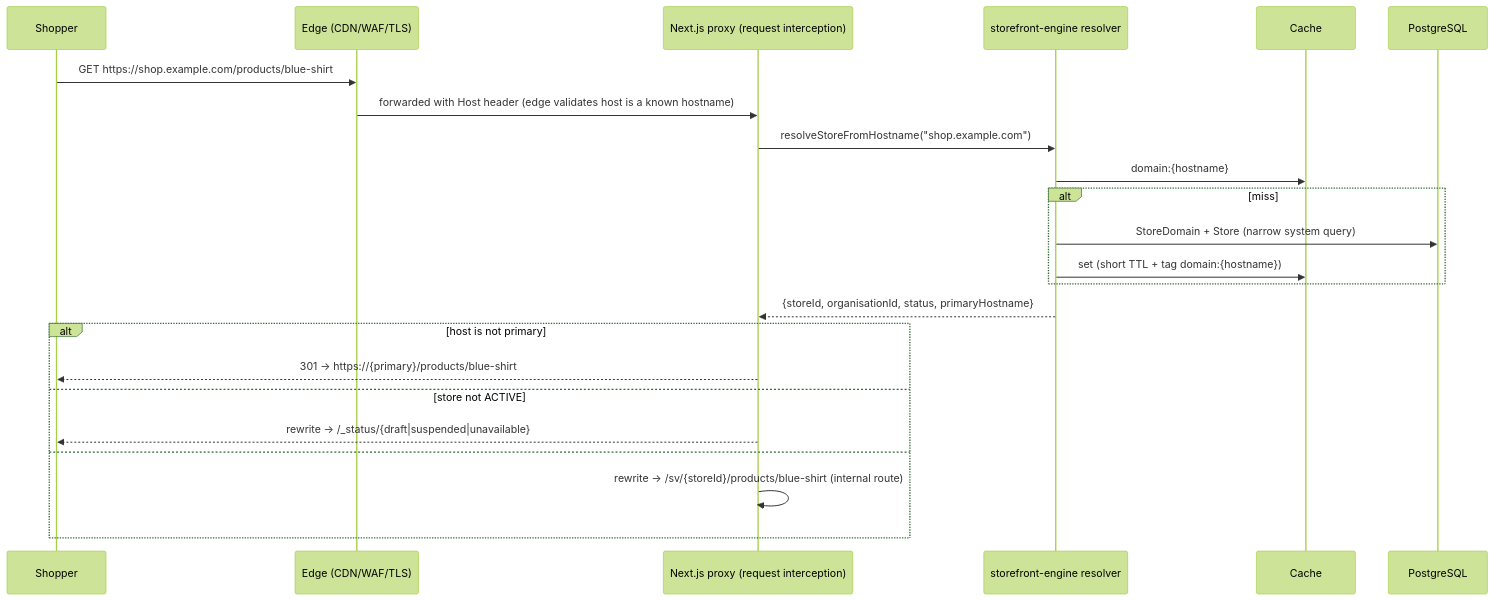
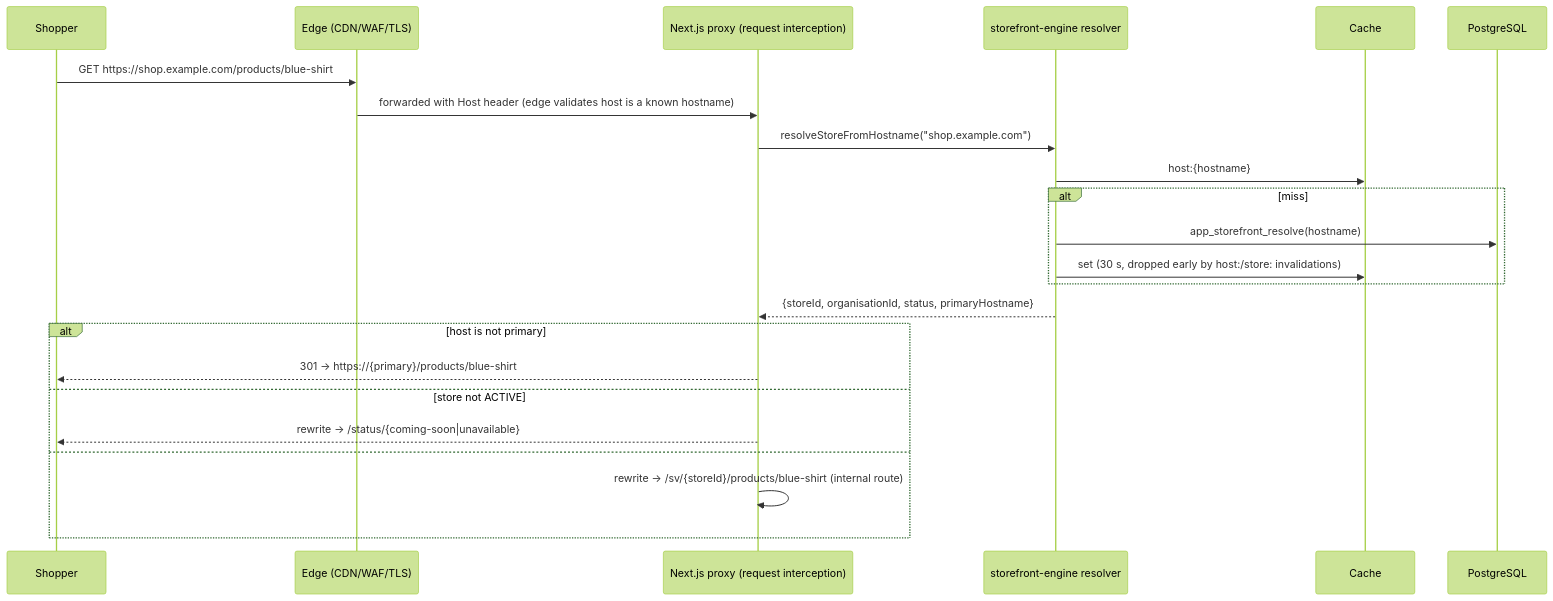
One commit to pixfortech/storevia changed the diagram in docs/architecture/06-storefront.md. Above: the diagram before and after it, drawn with Mermaid (forest theme). The commit also changed other lines of this file and 7 other files, not shown here.

First line of the commit message:
docs(m4): storefront testing, operations, PSL checklist and status

````diff
--- a/docs/architecture/06-storefront.md
+++ b/docs/architecture/06-storefront.md
@@ -16,25 +21,25 @@
 ```mermaid
 sequenceDiagram
   participant U as Shopper
   participant E as Edge (CDN/WAF/TLS)
   participant P as Next.js proxy (request interception)
   participant R as storefront-engine resolver
   participant C as Cache
   participant DB as PostgreSQL
   U->>E: GET https://shop.example.com/products/blue-shirt
   E->>P: forwarded with Host header (edge validates host is a known hostname)
   P->>R: resolveStoreFromHostname("shop.example.com")
-  R->>C: domain:{hostname}
+  R->>C: host:{hostname}
   alt miss
-    R->>DB: StoreDomain + Store (narrow system query)
-    R->>C: set (short TTL + tag domain:{hostname})
+    R->>DB: app_storefront_resolve(hostname)
+    R->>C: set (30 s, dropped early by host:/store: invalidations)
   end
   R-->>P: {storeId, organisationId, status, primaryHostname}
   alt host is not primary
     P-->>U: 301 → https://{primary}/products/blue-shirt
   else store not ACTIVE
-    P-->>U: rewrite → /_status/{draft|suspended|unavailable}
+    P-->>U: rewrite → /status/{coming-soon|unavailable}
   else
     P->>P: rewrite → /sv/{storeId}/products/blue-shirt (internal route)
   end
 ```
````
